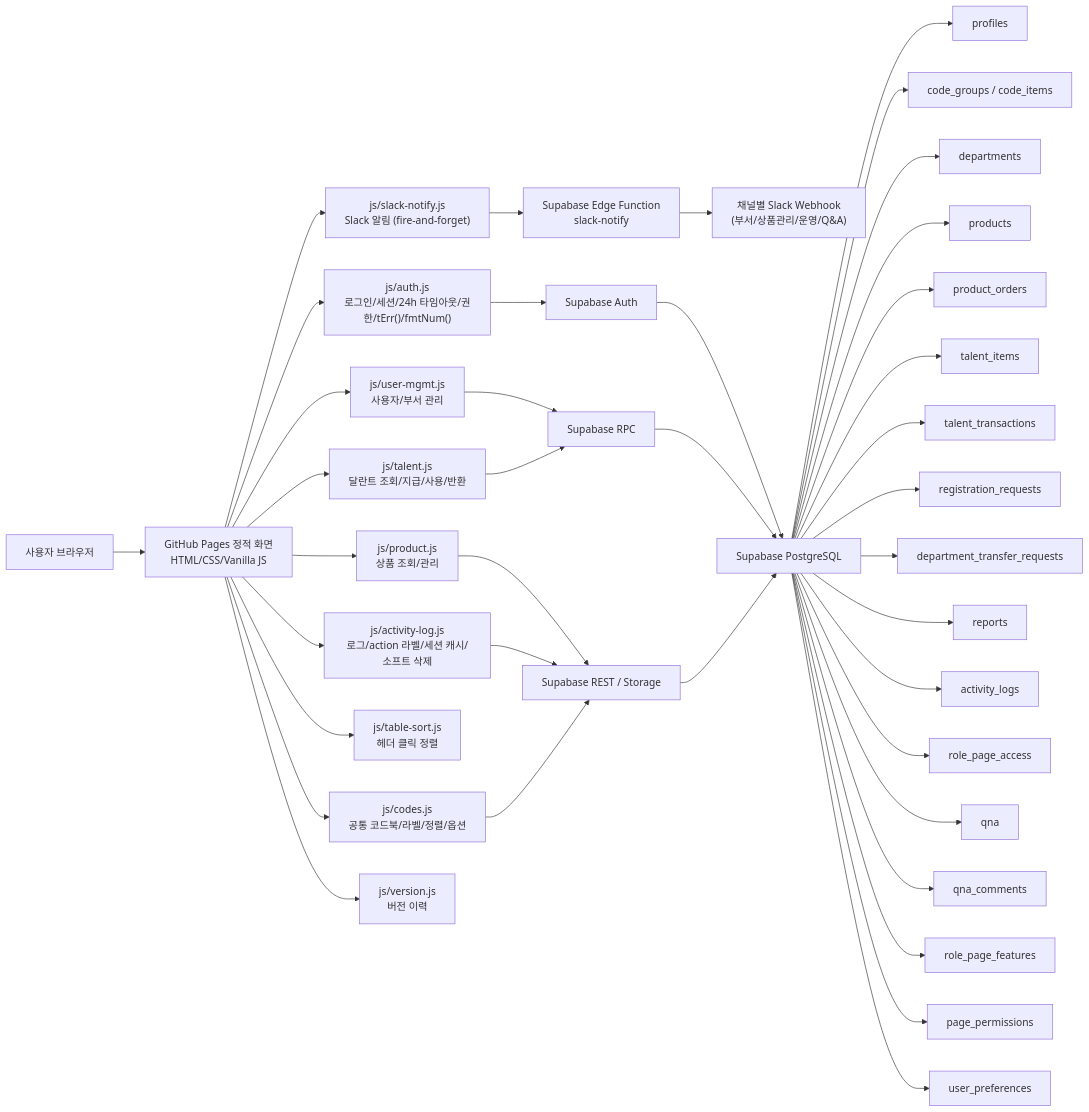
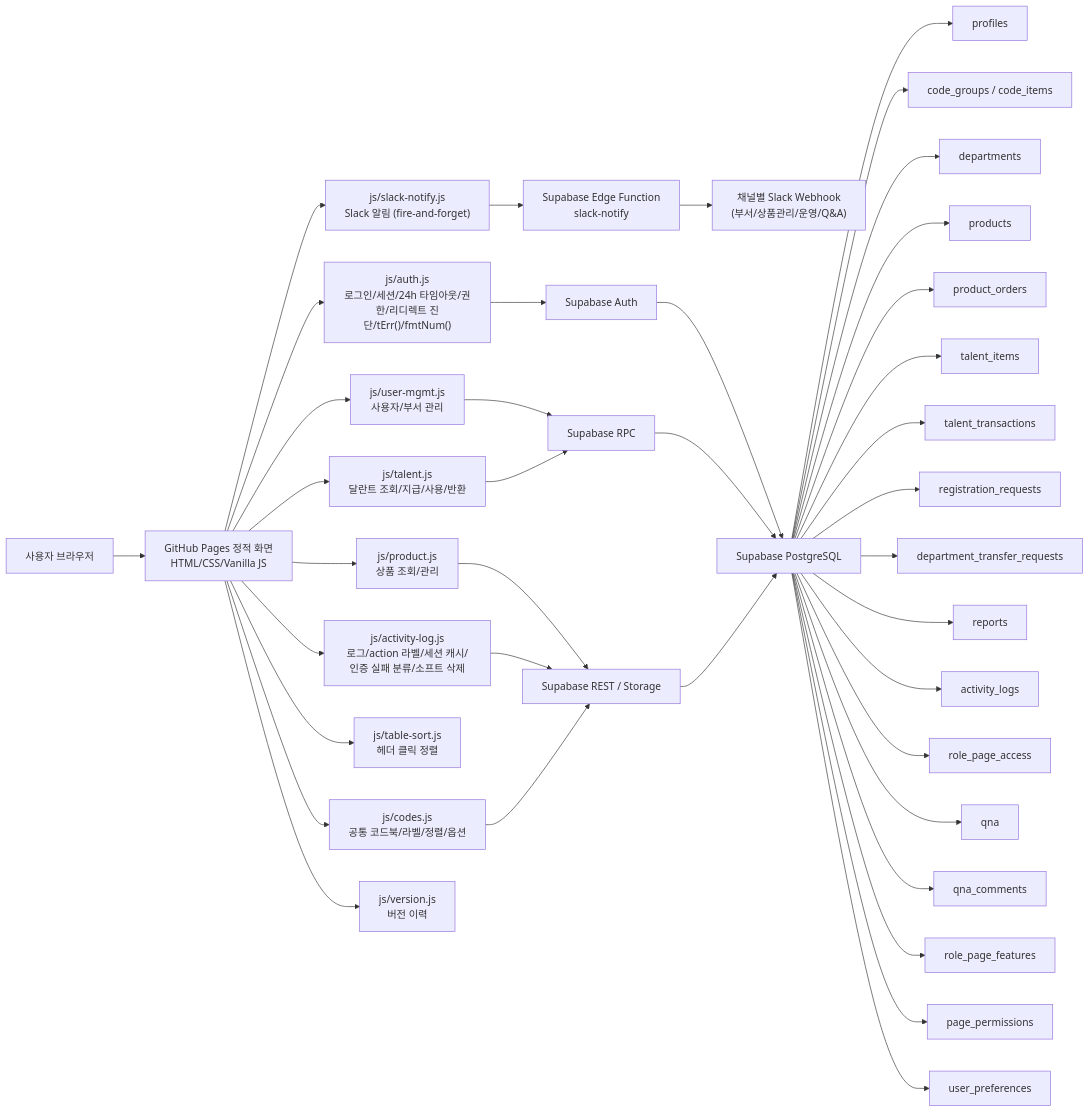
One commit to CHO-Talents-Test/CHO-Talents-Test changed the first of 15 diagrams in docs/PROJECT_ARCHITECTURE_FLOW.md. Above: the diagram before and after it, drawn with Mermaid. The commit also changed other lines of this file and 48 other files, not shown here.

````diff
--- a/docs/PROJECT_ARCHITECTURE_FLOW.md
+++ b/docs/PROJECT_ARCHITECTURE_FLOW.md
@@ -26,46 +26,46 @@
 ```mermaid
 flowchart LR
   User["사용자 브라우저"] --> Pages["GitHub Pages 정적 화면<br/>HTML/CSS/Vanilla JS"]
 
-  Pages --> AuthJS["js/auth.js<br/>로그인/세션/24h 타임아웃/권한/tErr()/fmtNum()"]
-  Pages --> LogJS["js/activity-log.js<br/>로그/action 라벨/세션 캐시/소프트 삭제"]
+  Pages --> AuthJS["js/auth.js<br/>로그인/세션/24h 타임아웃/권한/리디렉트 진단/tErr()/fmtNum()"]
+  Pages --> LogJS["js/activity-log.js<br/>로그/action 라벨/세션 캐시/인증 실패 분류/소프트 삭제"]
   Pages --> CodesJS["js/codes.js<br/>공통 코드북/라벨/정렬/옵션"]
   Pages --> UserMgmt["js/user-mgmt.js<br/>사용자/부서 관리"]
   Pages --> TalentJS["js/talent.js<br/>달란트 조회/지급/사용/반환"]
   Pages --> ProductJS["js/product.js<br/>상품 조회/관리"]
   Pages --> TableSortJS["js/table-sort.js<br/>헤더 클릭 정렬"]
   Pages --> SlackJS["js/slack-notify.js<br/>Slack 알림 (fire-and-forget)"]
   Pages --> VersionJS["js/version.js<br/>버전 이력"]
 
   SlackJS --> EdgeFn["Supabase Edge Function<br/>slack-notify"]
   EdgeFn --> Slack["채널별 Slack Webhook<br/>(부서/상품관리/운영/Q&A)"]
 
   AuthJS --> Auth["Supabase Auth"]
   UserMgmt --> RPC["Supabase RPC"]
   TalentJS --> RPC
   ProductJS --> Rest["Supabase REST / Storage"]
   LogJS --> Rest
   CodesJS --> Rest
 
   Auth --> DB["Supabase PostgreSQL"]
   RPC --> DB
   Rest --> DB
 
   DB --> Profiles["profiles"]
   DB --> Codes["code_groups / code_items"]
   DB --> Departments["departments"]
   DB --> Products["products"]
   DB --> Orders["product_orders"]
   DB --> Items["talent_items"]
   DB --> Transactions["talent_transactions"]
   DB --> Requests["registration_requests"]
   DB --> Transfers["department_transfer_requests"]
   DB --> Reports["reports"]
   DB --> Logs["activity_logs"]
   DB --> RoleAccess["role_page_access"]
   DB --> QnA["qna"]
   DB --> QnAComments["qna_comments"]
   DB --> RoleFeatures["role_page_features"]
   DB --> PagePerms["page_permissions"]
   DB --> UserPrefs["user_preferences"]
 ```
````
